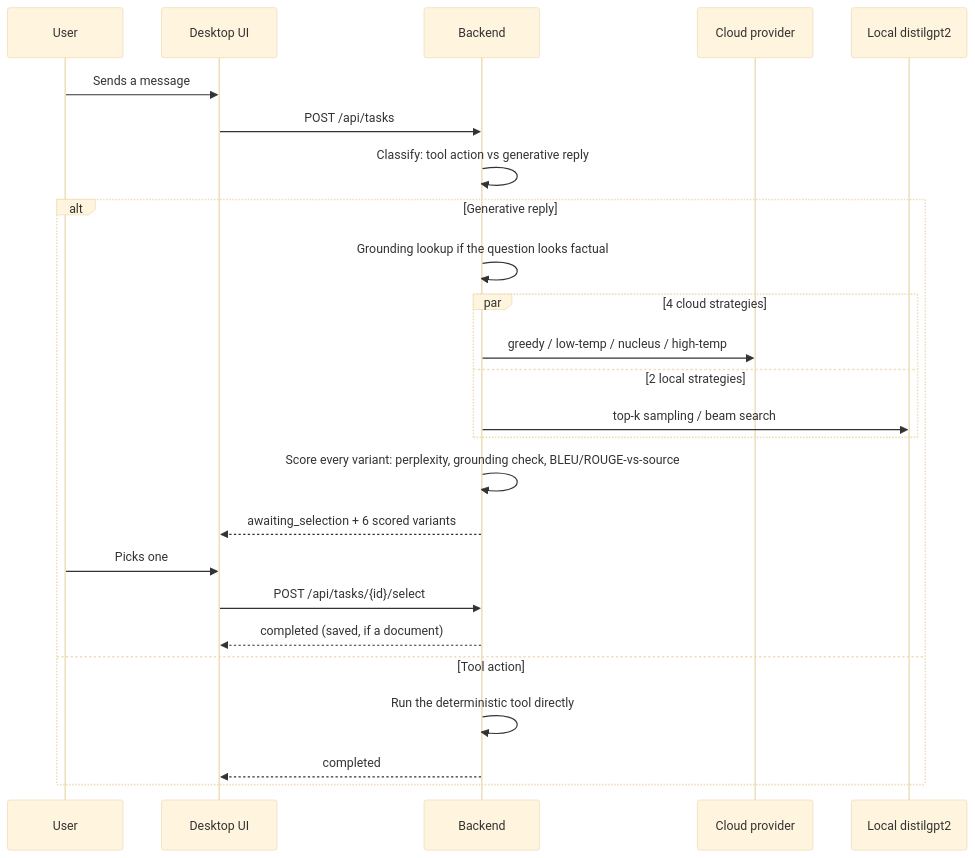
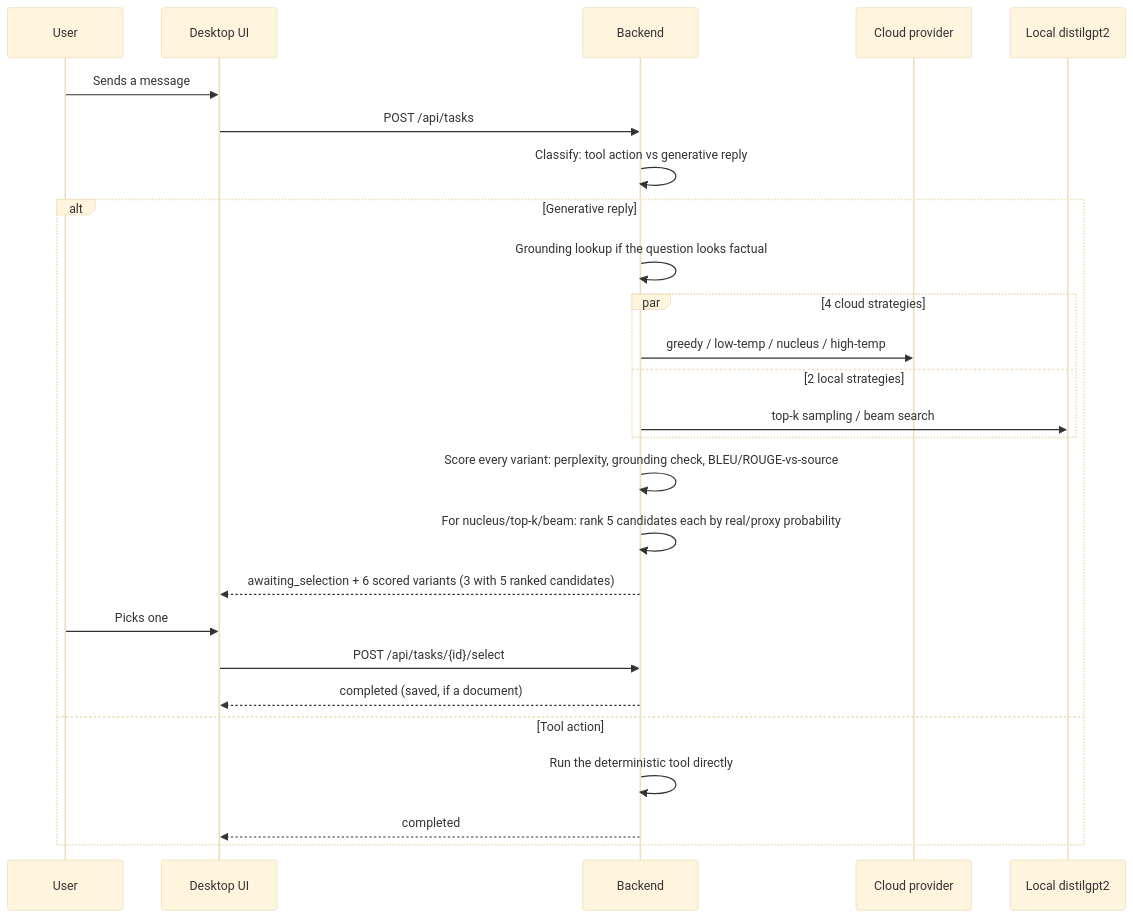
One commit to eshaansingla/Aether changed the second of 2 diagrams in README.md. Above: the diagram before and after it, drawn with Mermaid (base theme). The commit also changed other lines of this file and 28 other files, not shown here.

````diff
--- a/README.md
+++ b/README.md
@@ -40,28 +40,29 @@
 ```mermaid
 sequenceDiagram
     participant U as User
     participant UI as Desktop UI
     participant API as Backend
     participant Cloud as Cloud provider
     participant Local as Local distilgpt2
 
     U->>UI: Sends a message
     UI->>API: POST /api/tasks
     API->>API: Classify: tool action vs generative reply
     alt Generative reply
         API->>API: Grounding lookup if the question looks factual
         par 4 cloud strategies
             API->>Cloud: greedy / low-temp / nucleus / high-temp
         and 2 local strategies
             API->>Local: top-k sampling / beam search
         end
         API->>API: Score every variant: perplexity, grounding check, BLEU/ROUGE-vs-source
-        API-->>UI: awaiting_selection + 6 scored variants
+        API->>API: For nucleus/top-k/beam: rank 5 candidates each by real/proxy probability
+        API-->>UI: awaiting_selection + 6 scored variants (3 with 5 ranked candidates)
         U->>UI: Picks one
         UI->>API: POST /api/tasks/{id}/select
         API-->>UI: completed (saved, if a document)
     else Tool action
         API->>API: Run the deterministic tool directly
         API-->>UI: completed
     end
 ```
````
